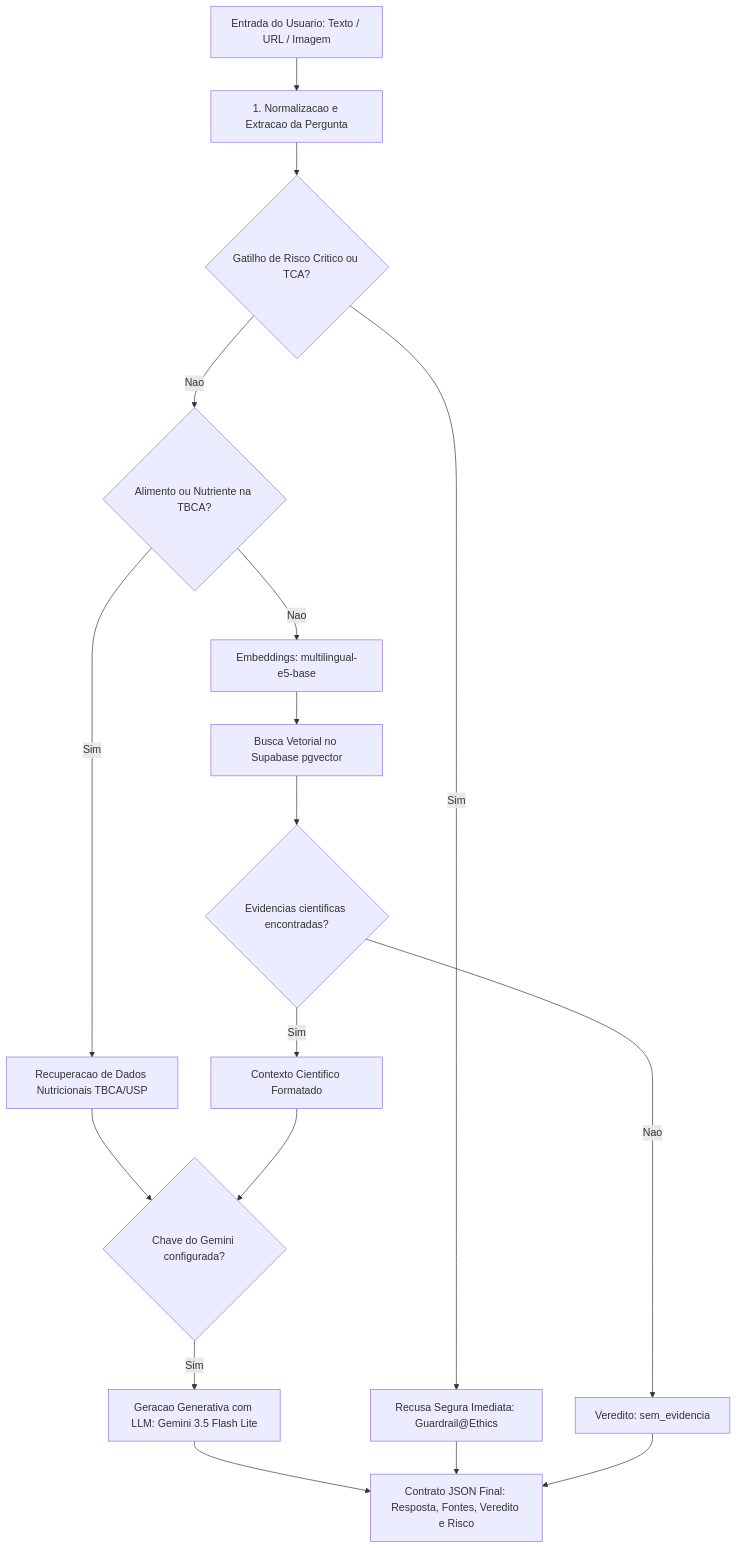
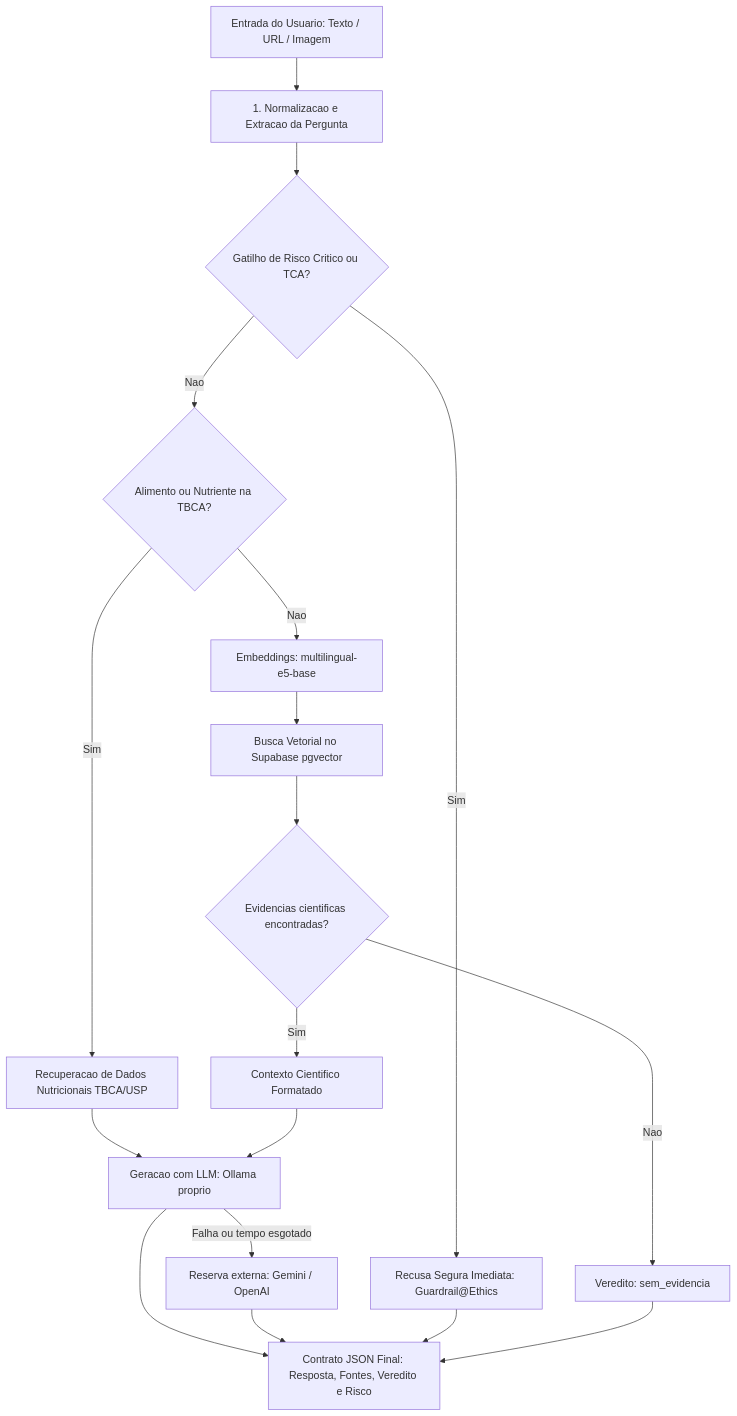
The diagram in GUIA_DA_IA.md (Jadequilin/challenge_1_claudinho), drawn with Mermaid before and after one commit. The commit also changed other lines of this file and 13 other files, not shown here.

First line of the commit message:
feat: LLM proprio com Ollama e provedores de reserva

````diff
--- a/GUIA_DA_IA.md
+++ b/GUIA_DA_IA.md
@@ -23,19 +23,20 @@
 ```mermaid
 flowchart TD
     A[Entrada do Usuario: Texto / URL / Imagem] --> B[1. Normalizacao e Extracao da Pergunta]
     B --> C{Gatilho de Risco Critico ou TCA?}
     C -->|Sim| D[Recusa Segura Imediata: Guardrail@Ethics]
     C -->|Nao| E{Alimento ou Nutriente na TBCA?}
     E -->|Sim| F[Recuperacao de Dados Nutricionais TBCA/USP]
     E -->|Nao| G[Embeddings: multilingual-e5-base]
     G --> H[Busca Vetorial no Supabase pgvector]
     H --> I{Evidencias cientificas encontradas?}
     I -->|Nao| J[Veredito: sem_evidencia]
     I -->|Sim| K[Contexto Cientifico Formatado]
-    F --> L{Chave do Gemini configurada?}
+    F --> L[Geracao com LLM: Ollama proprio]
     K --> L
-    L -->|Sim| M[Geracao Generativa com LLM: Gemini 3.5 Flash Lite]
+    L -->|Falha ou tempo esgotado| M[Reserva externa: Gemini / OpenAI]
+    L --> O
     M --> O[Contrato JSON Final: Resposta, Fontes, Veredito e Risco]
     D --> O
     J --> O
 ```
````
